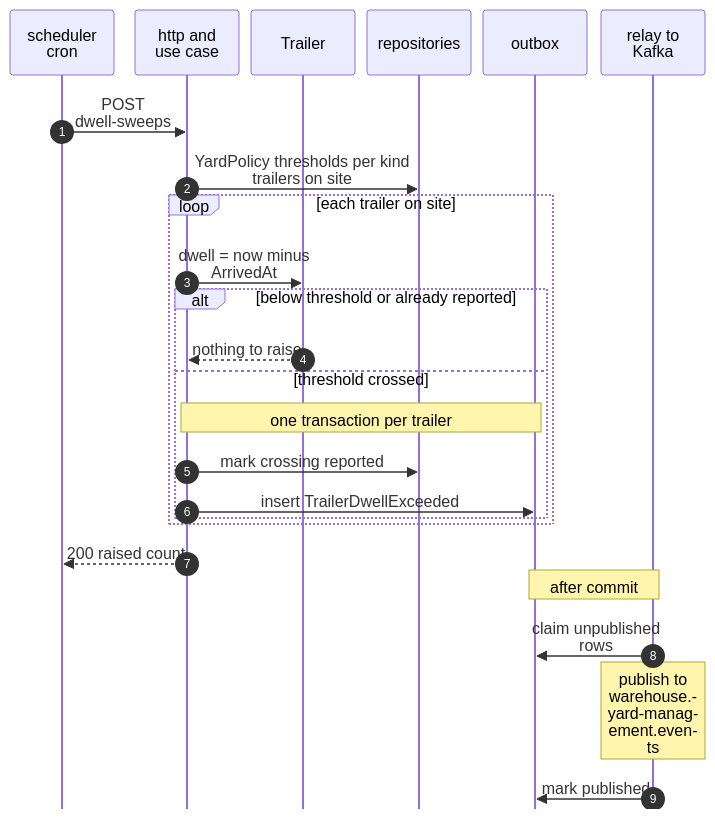
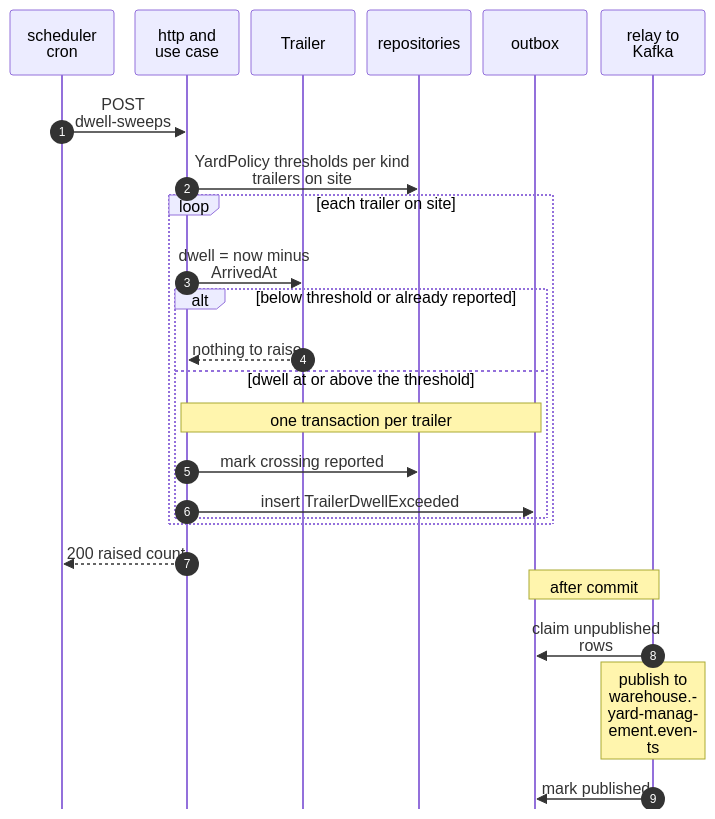
Before and after one commit to IQVO/yard-management: diagram 14 of 15 in docs/docs/ddd/sequence-diagrams.md, drawn with Mermaid. The commit also changed other lines of this file and 9 other files, not shown here.

````diff
--- a/docs/docs/ddd/sequence-diagrams.md
+++ b/docs/docs/ddd/sequence-diagrams.md
@@ -657,28 +653,28 @@
 ```mermaid
 %%{init: {"sequence": {"wrap": true, "width": 104, "actorMargin": 12, "messageMargin": 26, "boxMargin": 6, "noteMargin": 6, "mirrorActors": false}}}%%
 sequenceDiagram
     autonumber
     participant CR as scheduler<br/>cron
     participant U as http and<br/>use case
     participant A as Trailer
     participant R as repositories
     participant O as outbox
     participant RL as relay to Kafka
     CR->>U: POST dwell-sweeps
     U->>R: YardPolicy thresholds per kind<br/>trailers on site
     loop each trailer on site
         U->>A: dwell = now minus ArrivedAt
         alt below threshold or already reported
             A-->>U: nothing to raise
-        else threshold crossed
+        else dwell at or above the threshold
             Note over U,O: one transaction per trailer
             U->>R: mark crossing reported
             U->>O: insert TrailerDwellExceeded
         end
     end
     U-->>CR: 200 raised count
     Note over O,RL: after commit
     RL->>O: claim unpublished rows
     Note over RL: publish to warehouse.yard-management.events
     RL->>O: mark published
 ```
````
